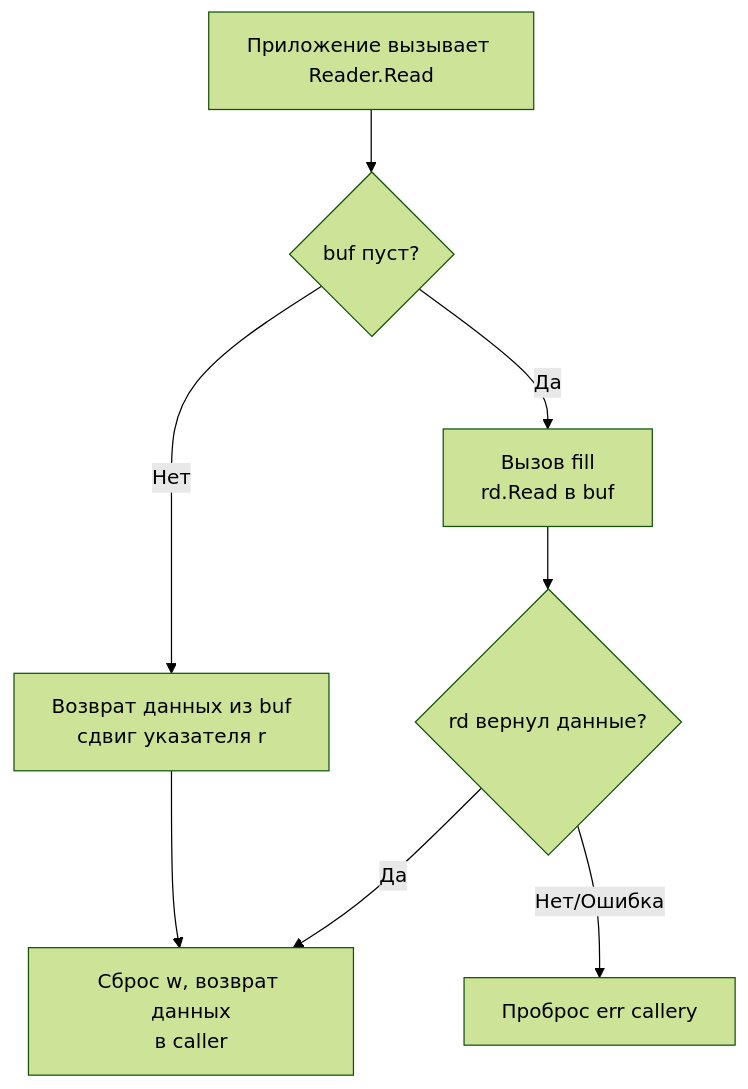
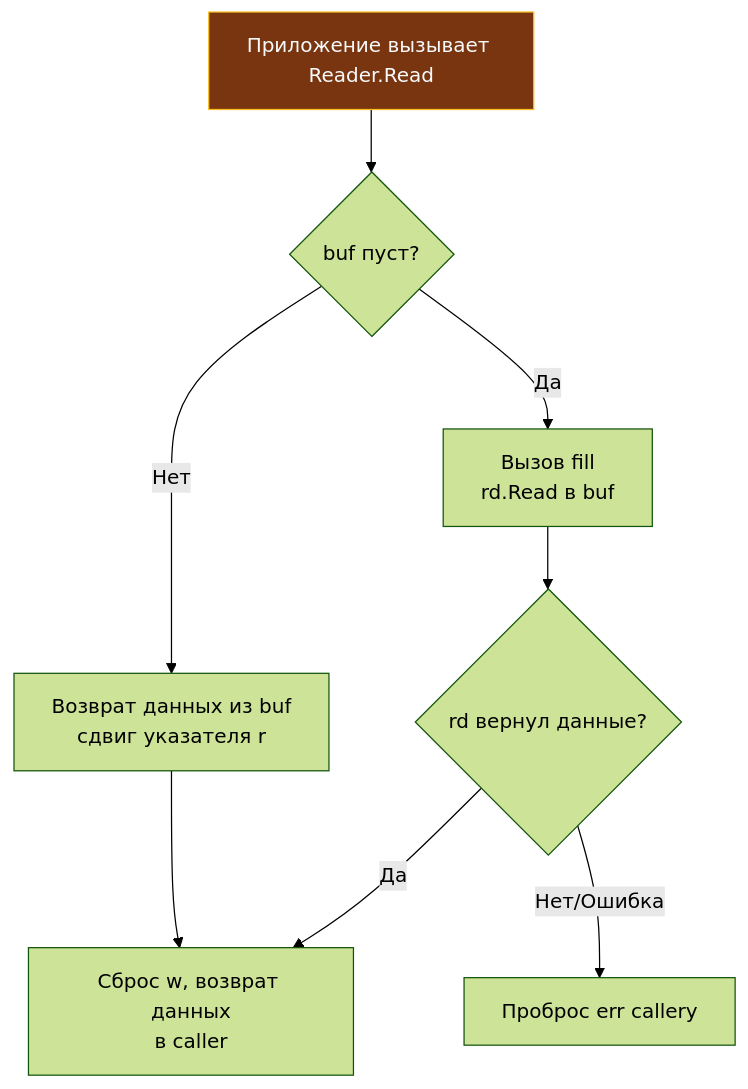
The second of 2 diagrams in sources/6. Стандартная библиотека Go/6. bufio. Буферизированный ввод и вывод.md (UnrealTemplier/go-textbook), drawn with Mermaid (forest theme) before and after one commit. The commit also changed 1666 other files, not shown here.

First line of the commit message:
feat(mermaid): add semantic color classDef to 1369 colorless flowchart/graph diagrams

````diff
--- a/sources/6. Стандартная библиотека Go/6. bufio. Буферизированный ввод и вывод.md
+++ b/sources/6. Стандартная библиотека Go/6. bufio. Буферизированный ввод и вывод.md
@@ -89,10 +89,20 @@
 ```mermaid
 flowchart TD
-    A["Приложение вызывает Reader.Read"] --> B{"buf пуст?"}
+    classDef process  fill:#1e293b,stroke:#38bdf8,stroke-width:1px,color:#f8fafc
+    classDef success  fill:#064e3b,stroke:#34d399,stroke-width:1px,color:#f8fafc
+    classDef error    fill:#7f1d1d,stroke:#f87171,stroke-width:1px,color:#f8fafc
+    classDef warning  fill:#78350f,stroke:#fbbf24,stroke-width:1px,color:#f8fafc
+    classDef entry    fill:#1e3a5f,stroke:#38bdf8,stroke-width:2px,color:#f8fafc
+    classDef aux      fill:#334155,stroke:#64748b,stroke-width:1px,color:#f8fafc
+    classDef system   fill:#312e81,stroke:#a78bfa,stroke-width:1px,color:#f8fafc
+    classDef data     fill:#132d29,stroke:#2dd4bf,stroke-width:1px,color:#f8fafc
+    classDef network  fill:#881337,stroke:#fb7185,stroke-width:1px,color:#f8fafc
+    classDef accent   fill:#1e1b4b,stroke:#818cf8,stroke-width:1px,color:#f8fafc
+    A["Приложение вызывает Reader.Read"]:::warning --> B{"buf пуст?"}
     B -->|Нет| C["Возврат данных из buf<br>сдвиг указателя r"]
     B -->|Да| D["Вызов fill<br>rd.Read в buf"]
     D --> E{"rd вернул данные?"}
     E -->|Да| F["Сброс w, возврат данных<br>в caller"]
     E -->|Нет/Ошибка| G["Проброс err callerу"]
     C --> F
 ```
````
